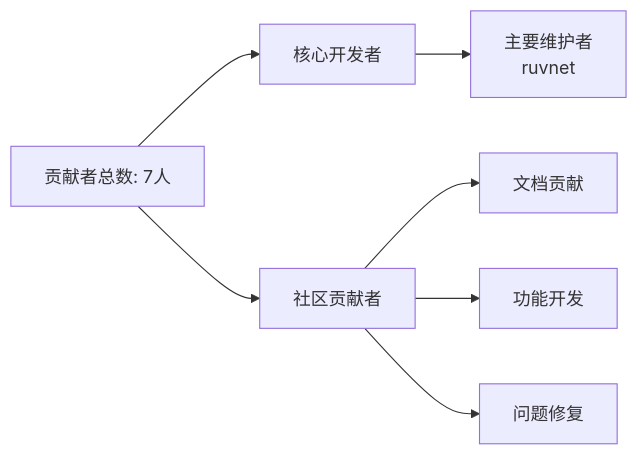
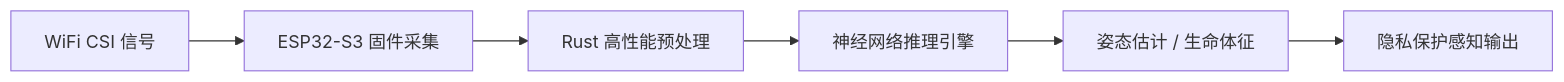
Before and after one commit to Everloster/EverAgent: the diagram in github-trending-analyzer/github-trending-reports/research_ruvnet_RuView.md, drawn with Mermaid. The commit also changed other lines of this file and 11 other files, not shown here.

````diff
--- a/github-trending-analyzer/github-trending-reports/research_ruvnet_RuView.md
+++ b/github-trending-analyzer/github-trending-reports/research_ruvnet_RuView.md
@@ -214,11 +37,8 @@
 ```mermaid
-graph LR
-    A[贡献者总数: 7人] --> B[核心开发者]
-    A --> C[社区贡献者]
-    
-    B --> D[主要维护者<br/>ruvnet]
-    
-    C --> E[文档贡献]
-    C --> F[功能开发]
-    C --> G[问题修复]
+flowchart LR
+    A[WiFi CSI 信号] --> B[ESP32-S3 固件采集]
+    B --> C[Rust 高性能预处理]
+    C --> D[神经网络推理引擎]
+    D --> E[姿态估计 / 生命体征]
+    E --> F[隐私保护感知输出]
 ```
````
